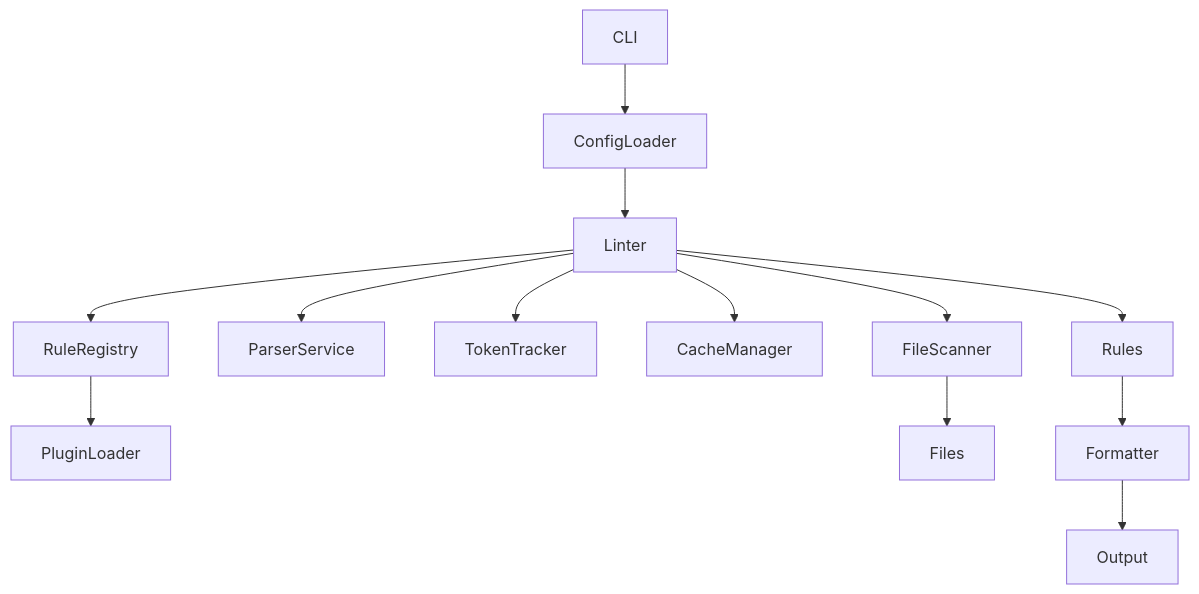
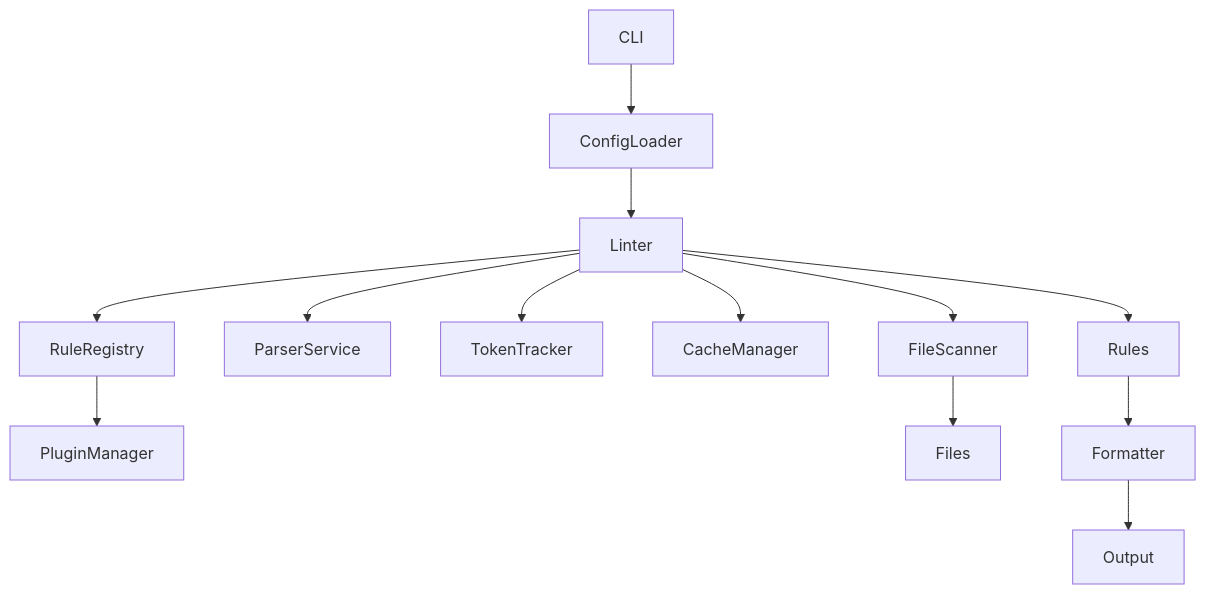
One commit to bylapidist/design-lint changed the diagram in docs/architecture.md. Above: the diagram before and after it, drawn with Mermaid. The commit also changed other lines of this file and 6 other files, not shown here.

Commit message:
feat(core): centralize plugin loading via PluginManager (#109)

````diff
--- a/docs/architecture.md
+++ b/docs/architecture.md
@@ -5,15 +5,15 @@
 ```mermaid
 flowchart TD
   CLI[CLI] --> ConfigLoader
   ConfigLoader --> Linter
   Linter --> RuleRegistry
   Linter --> ParserService
   Linter --> TokenTracker
   Linter --> CacheManager
-  RuleRegistry --> PluginLoader
+  RuleRegistry --> PluginManager
   Linter --> FileScanner
   FileScanner --> Files
   Linter --> Rules
   Rules --> Formatter
   Formatter --> Output
 ```
````
